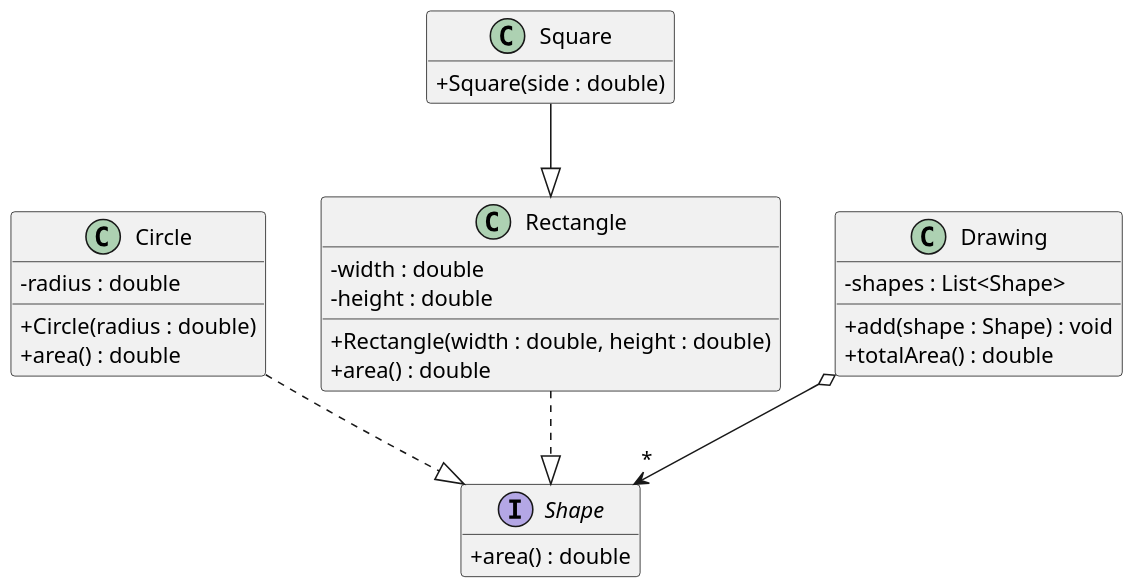
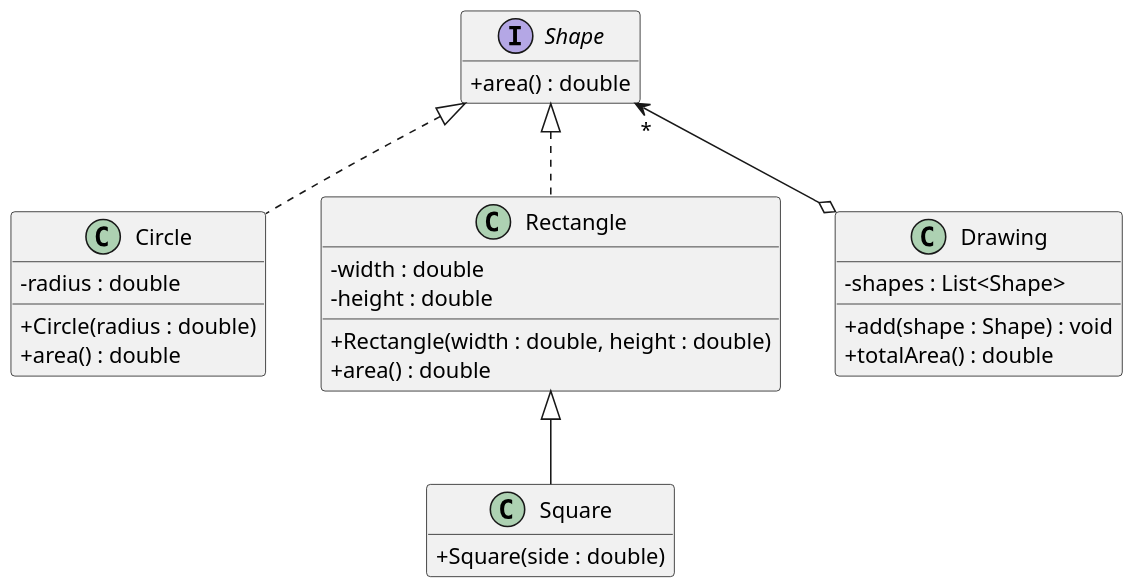
One commit to CSC207-UofT/207-course-notes changed the diagram in plantuml/uml-shapes.puml. Above: the diagram before and after it, drawn with PlantUML. The commit also changed 7 other files, not shown here.

Commit message:
fix chapter 3 diagrams and add an exercise

```diff
--- a/plantuml/uml-shapes.puml
+++ b/plantuml/uml-shapes.puml
@@ -1,37 +1,37 @@
 @startuml
 skinparam dpi 150
 skinparam classAttributeIconSize 0
 hide empty members
 
 interface Shape {
   + area() : double
 }
 
 class Circle {
   - radius : double
   + Circle(radius : double)
   + area() : double
 }
 
 class Rectangle {
   - width : double
   - height : double
   + Rectangle(width : double, height : double)
   + area() : double
 }
 
 class Square {
   + Square(side : double)
 }
 
 class Drawing {
   - shapes : List<Shape>
   + add(shape : Shape) : void
   + totalArea() : double
 }
 
-Circle ..|> Shape
-Rectangle ..|> Shape
-Square --|> Rectangle
-Drawing o--> "*" Shape
+Shape <|.. Circle
+Shape <|.. Rectangle
+Rectangle <|-- Square
+Drawing o-up-> "*" Shape
 @enduml
```
